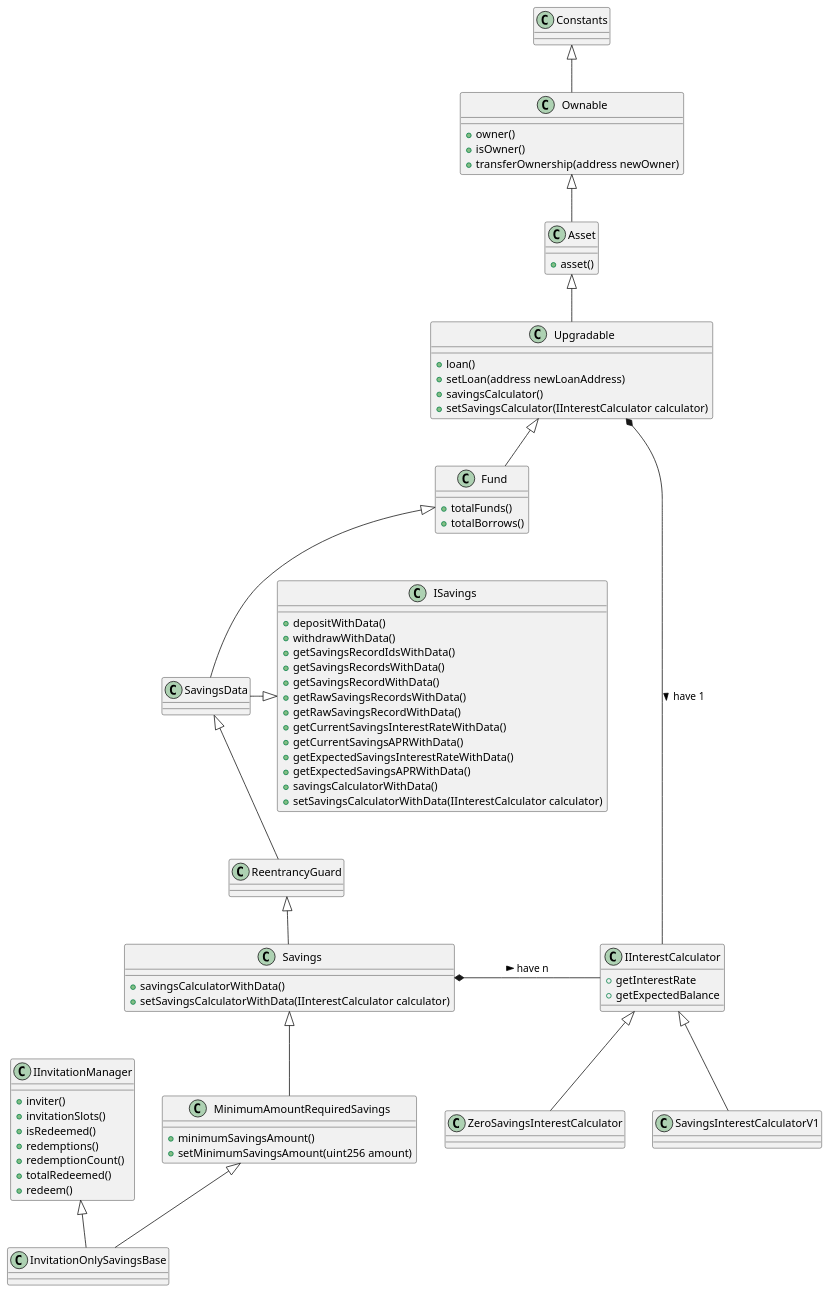
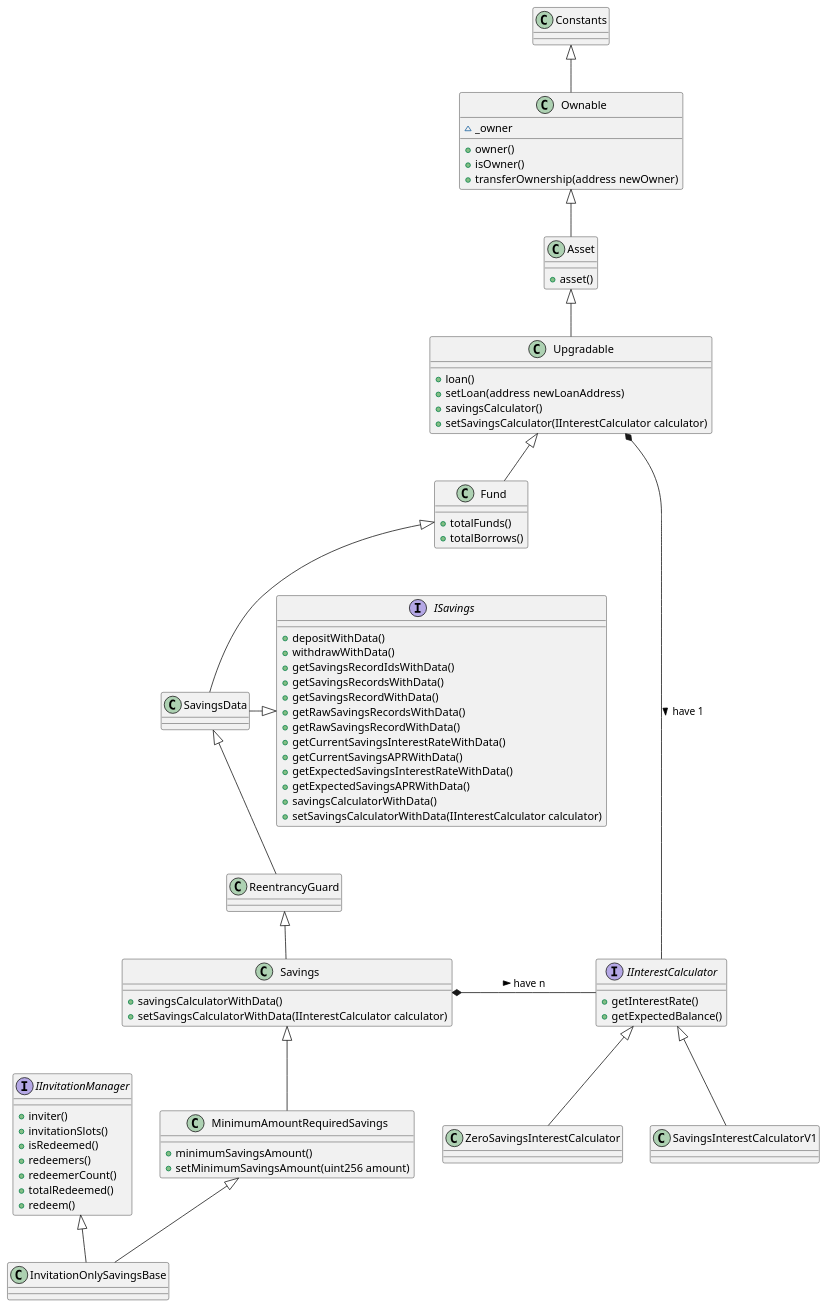
Before and after one commit to alice-finance/money-market: the diagram in doc/diagram.puml, drawn with PlantUML. The commit also changed 41 other files, not shown here.

```diff
--- a/doc/diagram.puml
+++ b/doc/diagram.puml
@@ -1,93 +1,94 @@
 @startuml
-class IInterestCalculator {
-+ getInterestRate
-+ getExpectedBalance
+interface IInterestCalculator {
++ getInterestRate()
++ getExpectedBalance()
 }
 
 class SavingsInterestCalculatorV1 {
 }
 
 class ZeroSavingsInterestCalculator {
 }
 
-class ISavings {
+interface ISavings {
 + depositWithData()
 + withdrawWithData()
 + getSavingsRecordIdsWithData()
 + getSavingsRecordsWithData()
 + getSavingsRecordWithData()
 + getRawSavingsRecordsWithData()
 + getRawSavingsRecordWithData()
 + getCurrentSavingsInterestRateWithData()
 + getCurrentSavingsAPRWithData()
 + getExpectedSavingsInterestRateWithData()
 + getExpectedSavingsAPRWithData()
 + savingsCalculatorWithData()
 + setSavingsCalculatorWithData(IInterestCalculator calculator)
 }
 
 class Constants {
 }
 
 class Ownable {
+~ _owner
 + owner()
 + isOwner()
 + transferOwnership(address newOwner)
 }
 
 class Asset {
 + asset()
 }
 
 class Upgradable {
 + loan()
 + setLoan(address newLoanAddress)
 + savingsCalculator()
 + setSavingsCalculator(IInterestCalculator calculator)
 }
 
 class Fund {
 + totalFunds()
 + totalBorrows()
 }
 
 class Savings {
 + savingsCalculatorWithData()
 + setSavingsCalculatorWithData(IInterestCalculator calculator)
 }
 
 class MinimumAmountRequiredSavings {
 + minimumSavingsAmount()
 + setMinimumSavingsAmount(uint256 amount)
 }
 
-class IInvitationManager {
+interface IInvitationManager {
 + inviter()
 + invitationSlots()
 + isRedeemed()
-+ redemptions()
-+ redemptionCount()
++ redeemers()
++ redeemerCount()
 + totalRedeemed()
 + redeem()
 }
 
 class InvitationOnlySavingsBase{
 }
 
 Constants <|-down- Ownable
 Ownable <|-down- Asset
 Asset <|-down- Upgradable
 Upgradable <|-down- Fund
     Upgradable *-right- IInterestCalculator : have 1 >
 Fund <|-down- SavingsData
 ISavings <|-right- SavingsData
 SavingsData <|-down- ReentrancyGuard
 ReentrancyGuard <|-down- Savings
 Savings <|-- MinimumAmountRequiredSavings
     Savings *- IInterestCalculator : have n >
 MinimumAmountRequiredSavings <|-down- InvitationOnlySavingsBase
 IInvitationManager <|-down- InvitationOnlySavingsBase
 
 IInterestCalculator <|--  SavingsInterestCalculatorV1
 IInterestCalculator <|--  ZeroSavingsInterestCalculator
 @enduml
```
